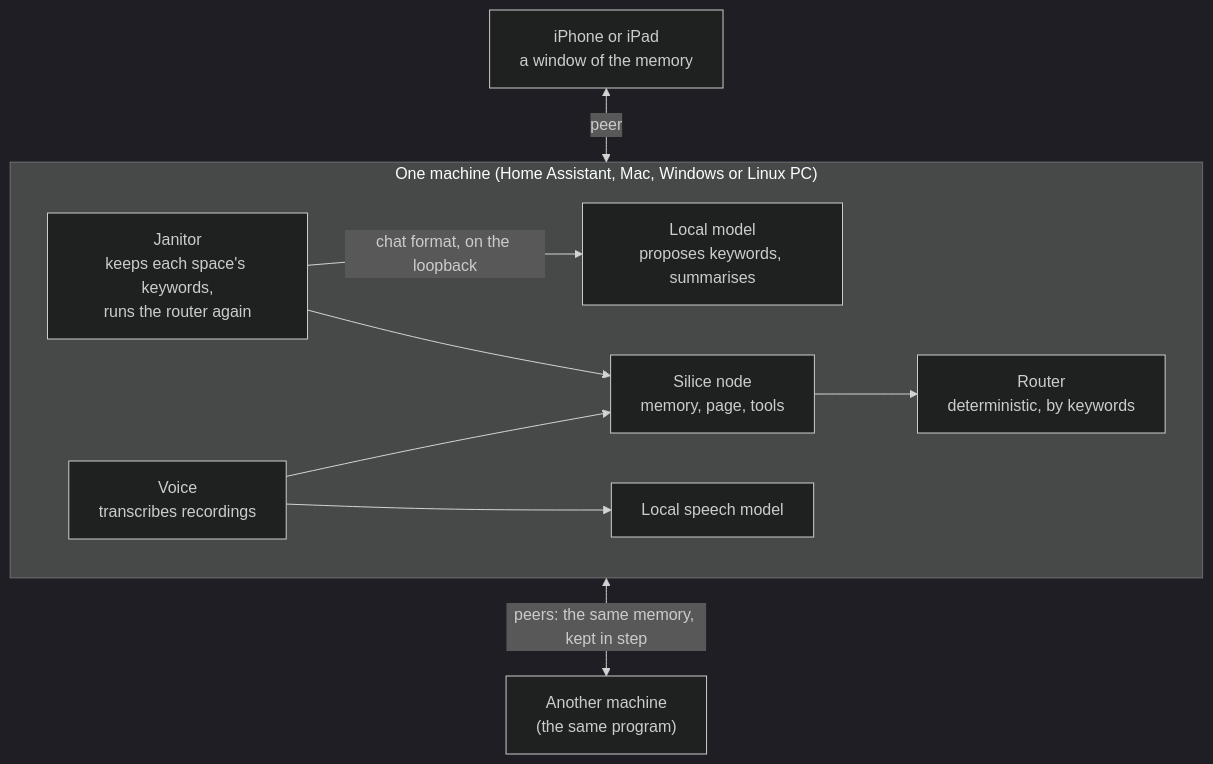
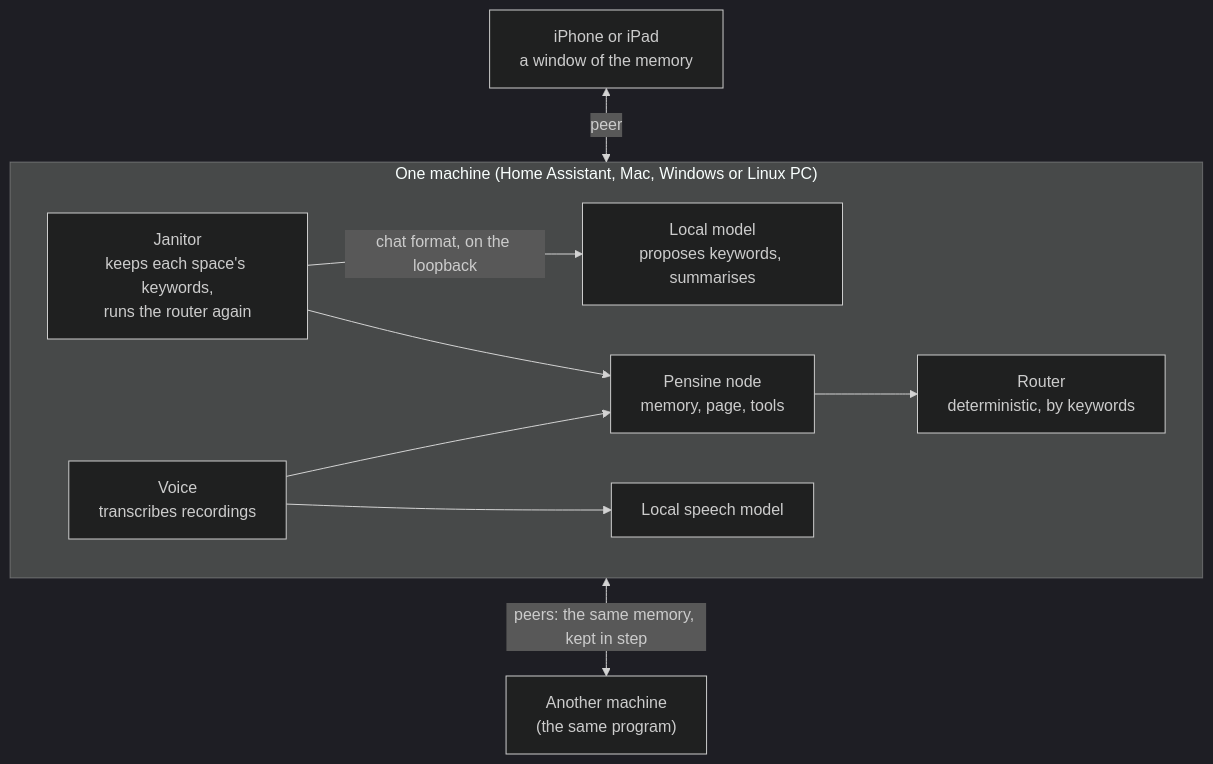
The diagram in docs/LOCAL-TOOLS.md (WilliamFriconneau/cartafolio-core), drawn with Mermaid (dark theme) before and after one commit. The commit also changed other lines of this file and 78 other files, not shown here.

First line of the commit message:
The product is now called Pensine; Silice and MemCP names stay accepted

````diff
--- a/docs/LOCAL-TOOLS.md
+++ b/docs/LOCAL-TOOLS.md
@@ -6,18 +6,18 @@
 ```mermaid
 flowchart TB
   subgraph Machine["One machine (Home Assistant, Mac, Windows or Linux PC)"]
-    N["Silice node<br/>memory, page, tools"]
+    N["Pensine node<br/>memory, page, tools"]
     J["Janitor<br/>keeps each space's keywords,<br/>runs the router again"]
     R["Router<br/>deterministic, by keywords"]
     V["Voice<br/>transcribes recordings"]
     M["Local model<br/>proposes keywords, summarises"]
     S["Local speech model"]
     N --> R
     J --> N
     J -- "chat format, on the loopback" --> M
     V --> S
     V --> N
   end
   Machine <-- "peers: the same memory, kept in step" --> Other["Another machine<br/>(the same program)"]
   Phone["iPhone or iPad<br/>a window of the memory"] <-- "peer" --> Machine
 ```
````
